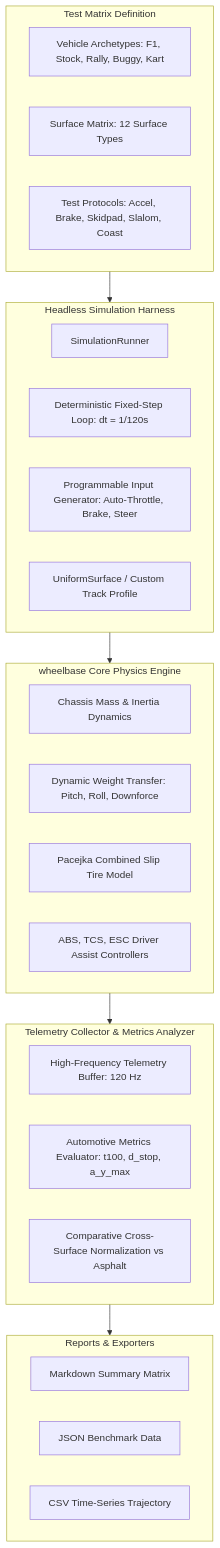
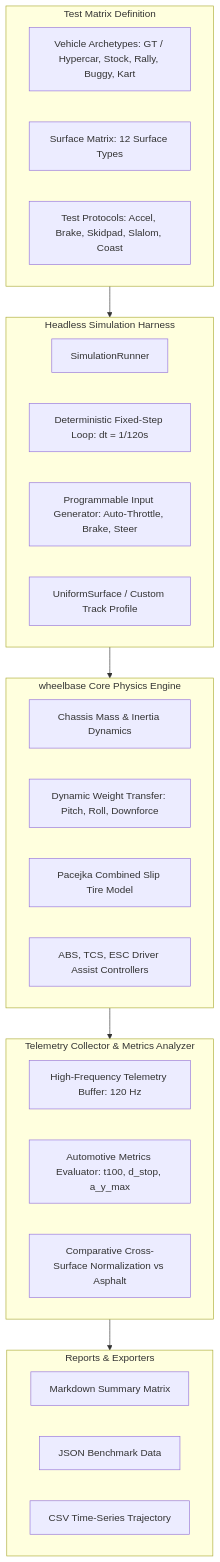
The second of 2 diagrams in specs/010_surface_car_interaction_simulation.md (magomar/tdrace), drawn with Mermaid before and after one commit. The commit also changed 149 other files, not shown here.

````diff
--- a/specs/010_surface_car_interaction_simulation.md
+++ b/specs/010_surface_car_interaction_simulation.md
@@ -39,39 +39,39 @@
 ```mermaid
 flowchart TD
     subgraph Config ["Test Matrix Definition"]
-        A[Vehicle Archetypes: F1, Stock, Rally, Buggy, Kart]
+        A[Vehicle Archetypes: GT / Hypercar, Stock, Rally, Buggy, Kart]
         B[Surface Matrix: 12 Surface Types]
         C[Test Protocols: Accel, Brake, Skidpad, Slalom, Coast]
     end
 
     subgraph Harness ["Headless Simulation Harness"]
         D[SimulationRunner]
         E[Deterministic Fixed-Step Loop: dt = 1/120s]
         F[Programmable Input Generator: Auto-Throttle, Brake, Steer]
         G[UniformSurface / Custom Track Profile]
     end
 
     subgraph CorePhysics ["wheelbase Core Physics Engine"]
         H[Chassis Mass & Inertia Dynamics]
         I[Dynamic Weight Transfer: Pitch, Roll, Downforce]
         J[Pacejka Combined Slip Tire Model]
         K[ABS, TCS, ESC Driver Assist Controllers]
     end
 
     subgraph Telemetry ["Telemetry Collector & Metrics Analyzer"]
         L[High-Frequency Telemetry Buffer: 120 Hz]
         M[Automotive Metrics Evaluator: t100, d_stop, a_y_max]
         N[Comparative Cross-Surface Normalization vs Asphalt]
     end
 
     subgraph Output ["Reports & Exporters"]
         O[Markdown Summary Matrix]
         P[JSON Benchmark Data]
         Q[CSV Time-Series Trajectory]
     end
 
     Config --> Harness
     Harness --> CorePhysics
     CorePhysics --> Telemetry
     Telemetry --> Output
 ```
````
